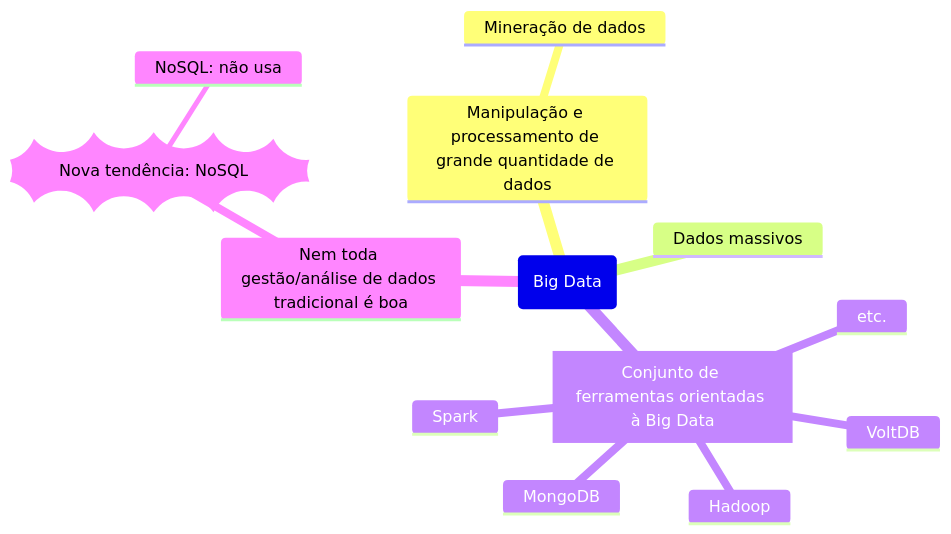
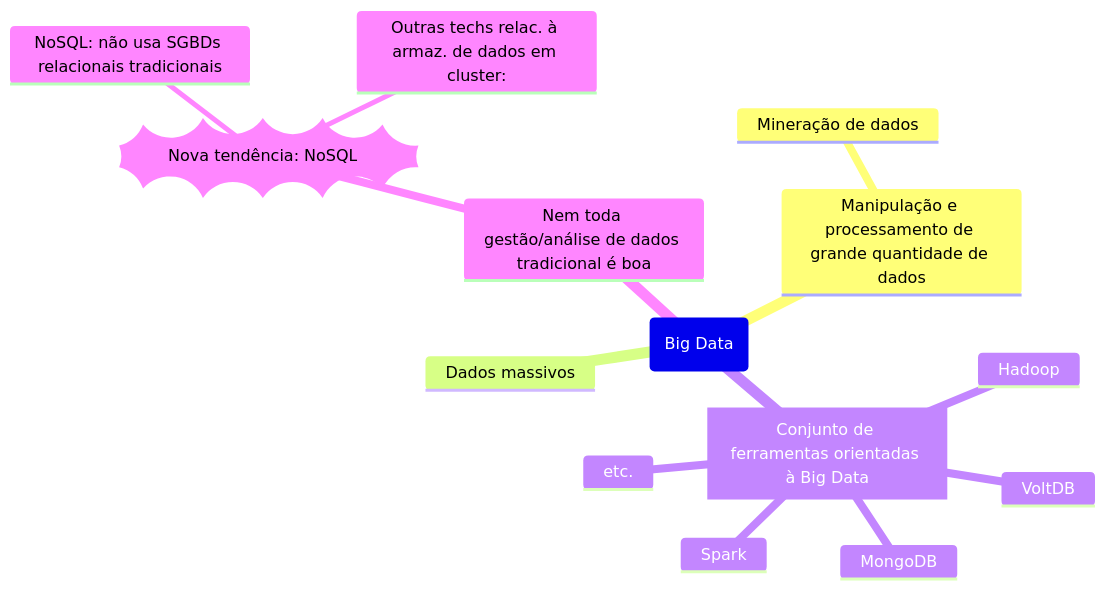
Before and after one commit to Igorino/joplin-notes: the third of 3 diagrams in Mestrado/Segundo Semestre/SIN5033 - Grafos de conhecimento e Ontologias/Anotações/De Aulas/Aula do dia 2026 04 08.md, drawn with Mermaid.

Commit message:
Exported on 2026-04-08_17-08-51

````diff
--- a/Mestrado/Segundo Semestre/SIN5033 - Grafos de conhecimento e Ontologias/Anotações/De Aulas/Aula do dia 2026 04 08.md
+++ b/Mestrado/Segundo Semestre/SIN5033 - Grafos de conhecimento e Ontologias/Anotações/De Aulas/Aula do dia 2026 04 08.md
@@ -65,19 +65,21 @@
 ```mermaid
 mindmap
 root(Big Data)
 	Manipulação e processamento de grande quantidade de dados
 		Mineração de dados
 	Dados massivos
 	[Conjunto de ferramentas orientadas à Big Data]
 		Hadoop
 		MongoDB
 		VoltDB
 		Spark
 		etc.
 	Nem toda gestão/análise de dados tradicional é boa
 		))Nova tendência: NoSQL((
-			NoSQL: não usa 
+			NoSQL: não usa SGBDs relacionais tradicionais
+			Outras techs relac. à armaz. de dados em cluster:
+				
 		
 			
 	
 ```
````
